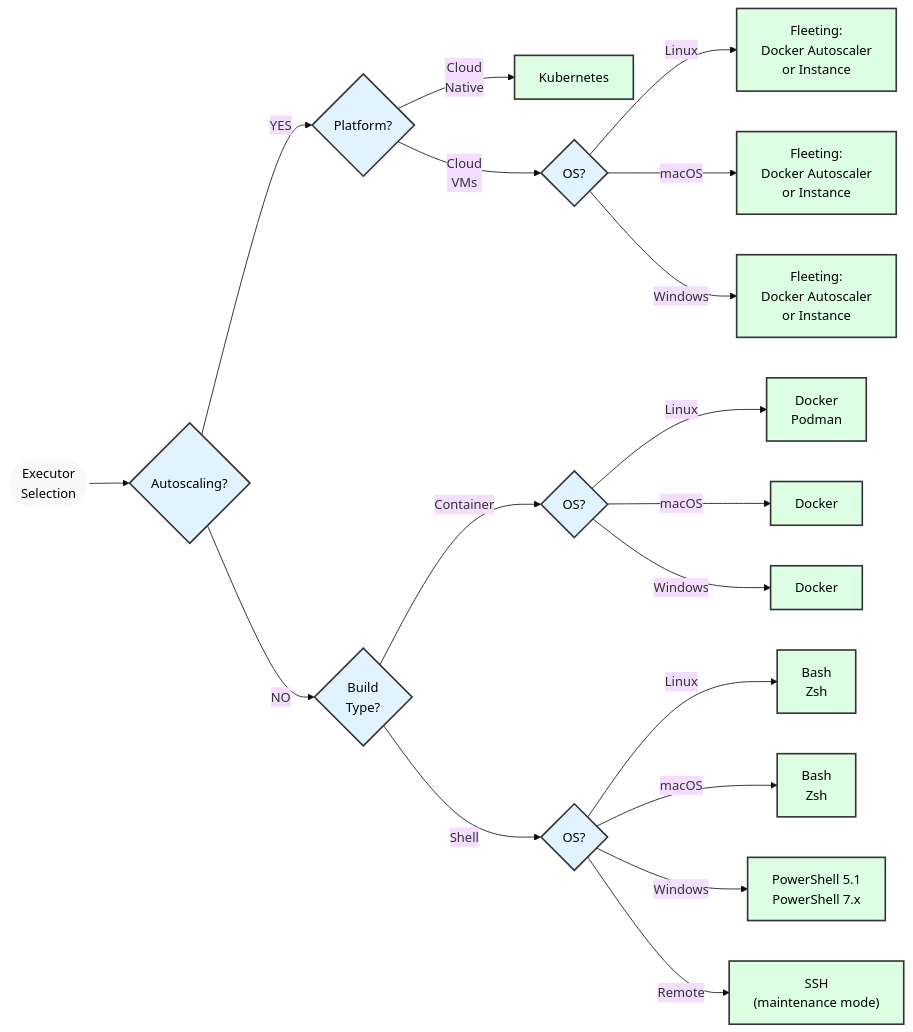
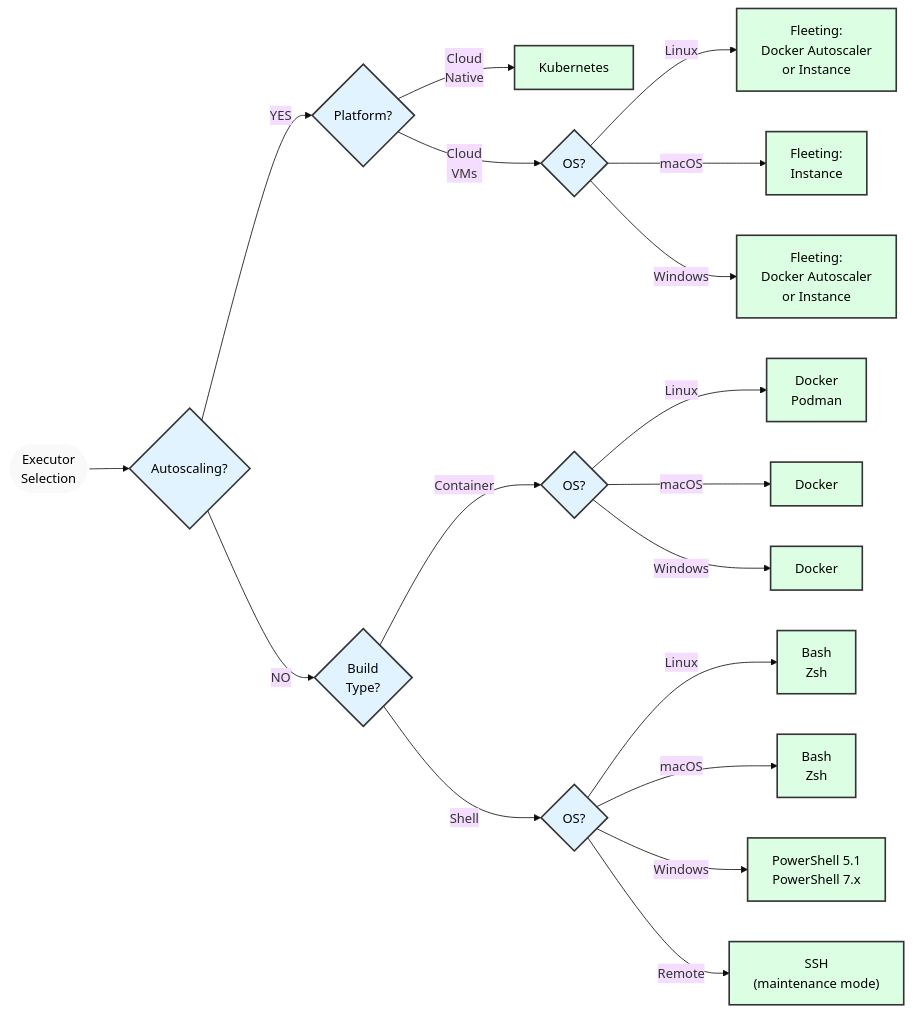
Before and after one commit to gitlabhq/gitlab-runner: the diagram in docs/executors/_index.md, drawn with Mermaid (base theme). The commit also changed 4 other files, not shown here.

````diff
--- a/docs/executors/_index.md
+++ b/docs/executors/_index.md
@@ -43,34 +43,34 @@
 ```mermaid
 flowchart LR
     Start([Executor<br/>Selection]) --> Auto{Autoscaling?}
 
     Auto -->|YES| Platform{Platform?}
     Auto -->|NO| BuildType{Build<br/>Type?}
 
     Platform -->|Cloud<br/>Native| K8s[Kubernetes]
     Platform -->|Cloud<br/>VMs| OS1{OS?}
 
     OS1 -->|Linux| L1[Fleeting:<br/>Docker Autoscaler<br/>or Instance]
-    OS1 -->|macOS| M1[Fleeting:<br/>Docker Autoscaler<br/>or Instance]
+    OS1 -->|macOS| M1[Fleeting:<br/>Instance]
     OS1 -->|Windows| W1[Fleeting:<br/>Docker Autoscaler<br/>or Instance]
 
     BuildType -->|Container| OS2{OS?}
     BuildType -->|Shell| OS3{OS?}
 
     OS2 -->|Linux| L2[Docker<br/>Podman]
     OS2 -->|macOS| M2[Docker]
     OS2 -->|Windows| W2[Docker]
 
     OS3 -->|Linux| L3[Bash<br/>Zsh]
     OS3 -->|macOS| M3[Bash<br/>Zsh]
     OS3 -->|Windows| W3[PowerShell 5.1<br/>PowerShell 7.x]
     OS3 -->|Remote| R3[SSH<br/>#40;maintenance mode#41;]
 
     classDef question fill:#e1f3fe,stroke:#333,stroke-width:2px,color:#000
     classDef result fill:#dcffe4,stroke:#333,stroke-width:2px,color:#000
     classDef start fill:#f9f9f9,stroke:#fff,stroke-width:2px,color:#000
 
     class Start start;
     class Auto,Platform,BuildType,OS1,OS2,OS3 question;
     class K8s,L1,M1,W1,L2,M2,W2,L3,M3,W3,R3 result;
 ```
````
